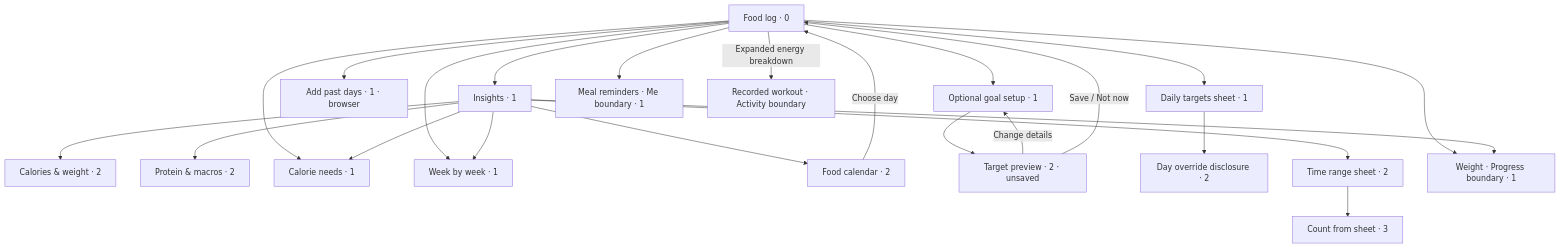
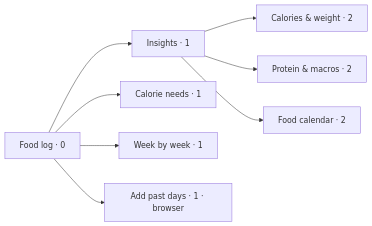
One commit to BenCBanks/kinetta changed the seventh of 13 diagrams in docs/app-map.md. Above: the diagram before and after it, drawn with Mermaid. The commit also changed other lines of this file, not shown here.

Commit message:
Clarify reviewed boundaries and diagram layout

````diff
--- a/docs/app-map.md
+++ b/docs/app-map.md
@@ -441,25 +439,10 @@
 ```mermaid
-flowchart TD
+flowchart LR
  N["Food log · 0"] --> I["Insights · 1"]
  I --> E["Calories & weight · 2"]
  I --> M["Protein & macros · 2"]
  N --> C["Calorie needs · 1"]
  N --> W["Week by week · 1"]
- I --> C
- I --> W
  I --> D["Food calendar · 2"]
- D -->|Choose day| N
  N --> H["Add past days · 1 · browser"]
- N --> S["Optional goal setup · 1"]
- S --> SP["Target preview · 2 · unsaved"]
- SP -->|Change details| S
- SP -->|Save / Not now| N
- N --> G["Daily targets sheet · 1"]
- G --> GD["Day override disclosure · 2"]
- I --> R["Time range sheet · 2"]
- R --> RS["Count from sheet · 3"]
- N --> WT["Weight · Progress boundary · 1"]
- I --> WT
- N --> REM["Meal reminders · Me boundary · 1"]
- N -->|Expanded energy breakdown| A["Recorded workout · Activity boundary"]
 ```
````
